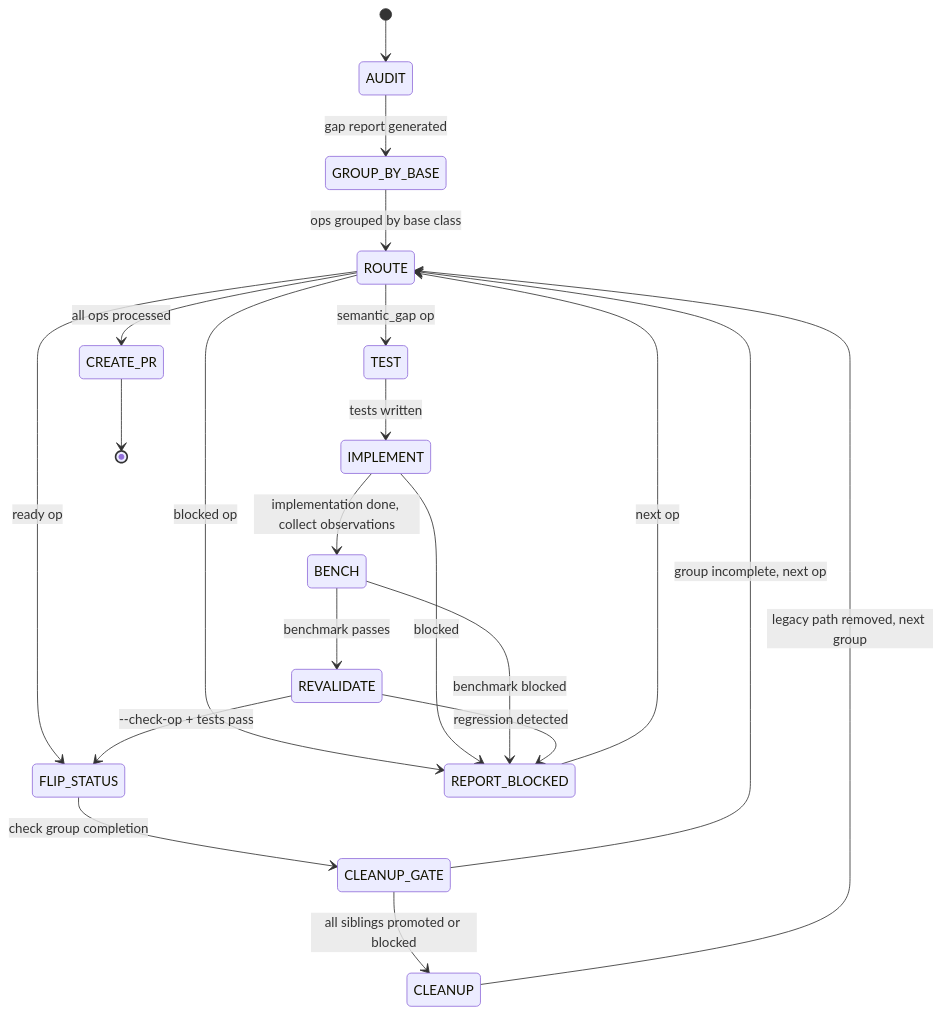
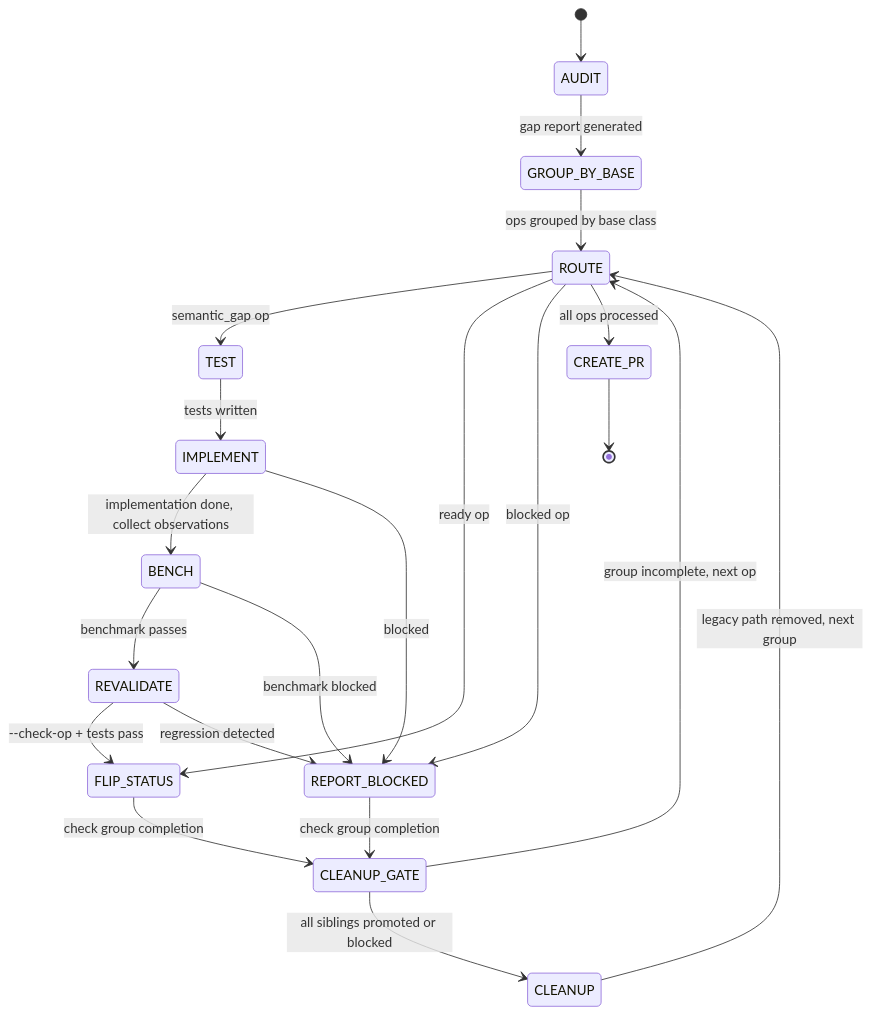
The diagram in .claude/skills/spec-pipeline/SKILL.md (tile-ai/TileOPs), drawn with Mermaid before and after one commit. The commit also changed other lines of this file, not shown here.

````diff
--- a/.claude/skills/spec-pipeline/SKILL.md
+++ b/.claude/skills/spec-pipeline/SKILL.md
@@ -24,23 +24,23 @@
 ```mermaid
 stateDiagram-v2
     [*] --> AUDIT
     AUDIT --> GROUP_BY_BASE: gap report generated
     GROUP_BY_BASE --> ROUTE: ops grouped by base class
     ROUTE --> TEST: semantic_gap op
     ROUTE --> FLIP_STATUS: ready op
     ROUTE --> REPORT_BLOCKED: blocked op
     TEST --> IMPLEMENT: tests written
     IMPLEMENT --> BENCH: implementation done, collect observations
     IMPLEMENT --> REPORT_BLOCKED: blocked
     BENCH --> REVALIDATE: benchmark passes
     BENCH --> REPORT_BLOCKED: benchmark blocked
     REVALIDATE --> FLIP_STATUS: --check-op + tests pass
     REVALIDATE --> REPORT_BLOCKED: regression detected
     FLIP_STATUS --> CLEANUP_GATE: check group completion
+    REPORT_BLOCKED --> CLEANUP_GATE: check group completion
     CLEANUP_GATE --> ROUTE: group incomplete, next op
     CLEANUP_GATE --> CLEANUP: all siblings promoted or blocked
     CLEANUP --> ROUTE: legacy path removed, next group
-    REPORT_BLOCKED --> ROUTE: next op
     ROUTE --> CREATE_PR: all ops processed
     CREATE_PR --> [*]
 ```
````
